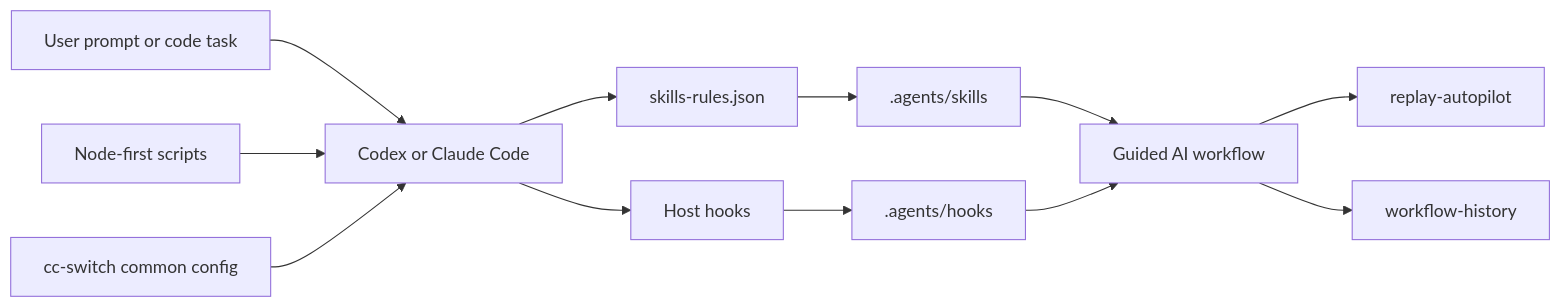
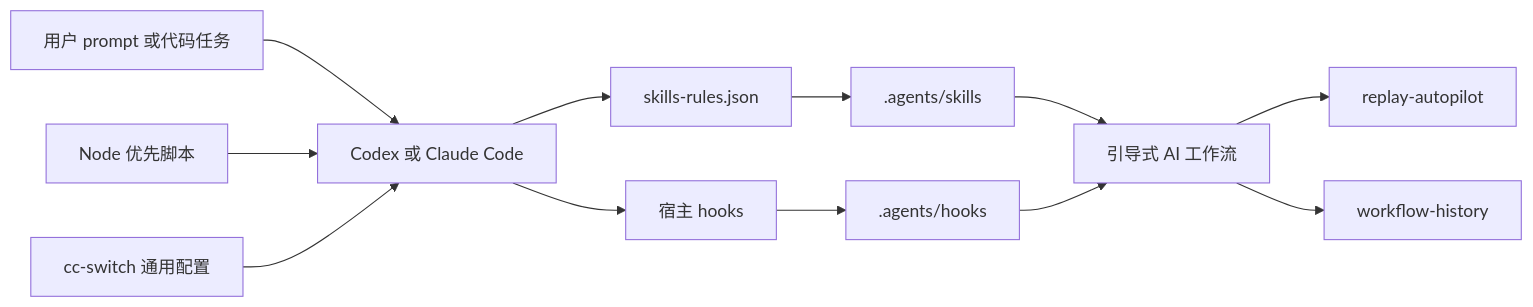
Before and after one commit to hxld/ai-workflow-control-kit: the diagram in README.md, drawn with Mermaid. The commit also changed other lines of this file and 1 other file, not shown here.

````diff
--- a/README.md
+++ b/README.md
@@ -30,14 +32,14 @@
 ```mermaid
 flowchart LR
-    User["User prompt or code task"] --> Host["Codex or Claude Code"]
+    User["用户 prompt 或代码任务"] --> Host["Codex 或 Claude Code"]
     Host --> Rules["skills-rules.json"]
-    Host --> Hooks["Host hooks"]
+    Host --> Hooks["宿主 hooks"]
     Rules --> Skills[".agents/skills"]
     Hooks --> AgentHooks[".agents/hooks"]
-    Skills --> Workflow["Guided AI workflow"]
+    Skills --> Workflow["引导式 AI 工作流"]
     AgentHooks --> Workflow
     Workflow --> Replay["replay-autopilot"]
     Workflow --> History["workflow-history"]
-    Scripts["Node-first scripts"] --> Host
-    CcSwitch["cc-switch common config"] --> Host
+    Scripts["Node 优先脚本"] --> Host
+    CcSwitch["cc-switch 通用配置"] --> Host
 ```
````
